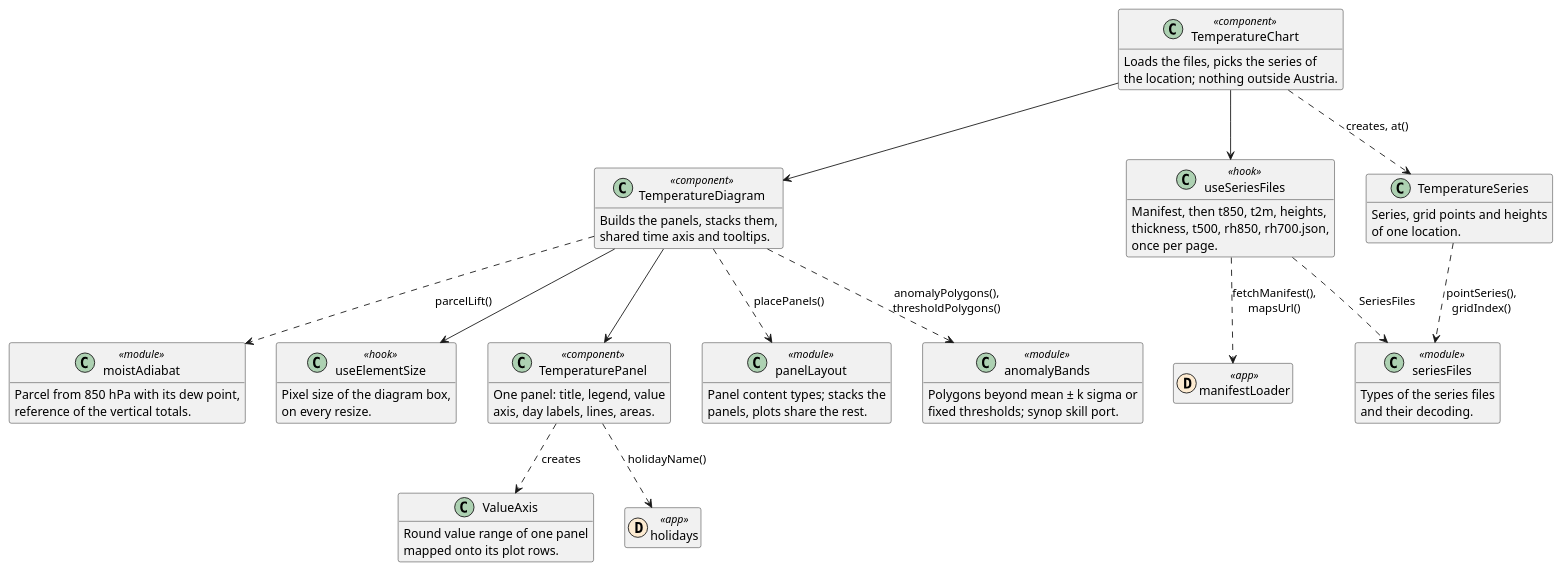
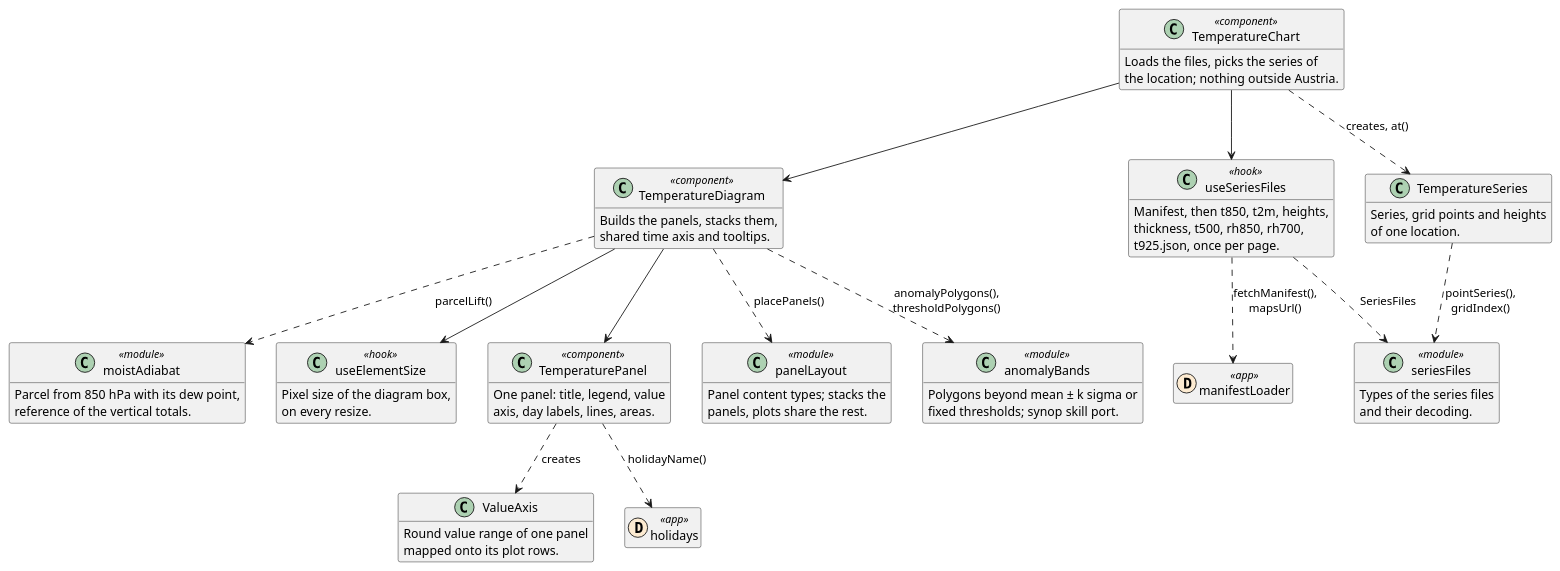
The second of 2 diagrams in REFERENCE.webapp.md (schletz/wetterkartenviewer), drawn with PlantUML before and after one commit. The commit also changed other lines of this file and 10 other files, not shown here.

````diff
--- a/REFERENCE.webapp.md
+++ b/REFERENCE.webapp.md
@@ -168,65 +168,65 @@
 ```plantuml
 @startuml temperature
 hide empty members
 class TemperatureChart <<component>> {
  Loads the files, picks the series of
  the location; nothing outside Austria.
 }
 class TemperatureDiagram <<component>> {
  Builds the panels, stacks them,
  shared time axis and tooltips.
 }
 class TemperaturePanel <<component>> {
  One panel: title, legend, value
  axis, day labels, lines, areas.
 }
 class useSeriesFiles <<hook>> {
  Manifest, then t850, t2m, heights,
- thickness, t500, rh850, rh700.json,
- once per page.
+ thickness, t500, rh850, rh700,
+ t925.json, once per page.
 }
 class TemperatureSeries {
  Series, grid points and heights
  of one location.
 }
 class panelLayout <<module>> {
  Panel content types; stacks the
  panels, plots share the rest.
 }
 class ValueAxis {
  Round value range of one panel
  mapped onto its plot rows.
 }
 class anomalyBands <<module>> {
  Polygons beyond mean ± k sigma or
  fixed thresholds; synop skill port.
 }
 class moistAdiabat <<module>> {
  Parcel from 850 hPa with its dew point,
  reference of the vertical totals.
 }
 class seriesFiles <<module>> {
  Types of the series files
  and their decoding.
 }
 class useElementSize <<hook>> {
  Pixel size of the diagram box,
  on every resize.
 }
 class manifestLoader << (D,#fdebd1) app >>
 class holidays << (D,#fdebd1) app >>
 TemperatureChart --> useSeriesFiles
 TemperatureChart ..> TemperatureSeries : creates, at()
 TemperatureChart --> TemperatureDiagram
 useSeriesFiles ..> manifestLoader : fetchManifest(),\nmapsUrl()
 useSeriesFiles ..> seriesFiles : SeriesFiles
 TemperatureSeries ..> seriesFiles : pointSeries(),\ngridIndex()
 TemperatureDiagram ..> panelLayout : placePanels()
 TemperatureDiagram ..> anomalyBands : anomalyPolygons(),\nthresholdPolygons()
 TemperatureDiagram ..> moistAdiabat : parcelLift()
 TemperatureDiagram --> TemperaturePanel
 TemperatureDiagram --> useElementSize
 TemperaturePanel ..> ValueAxis : creates
 TemperaturePanel ..> holidays : holidayName()
 @enduml
 ```
````
